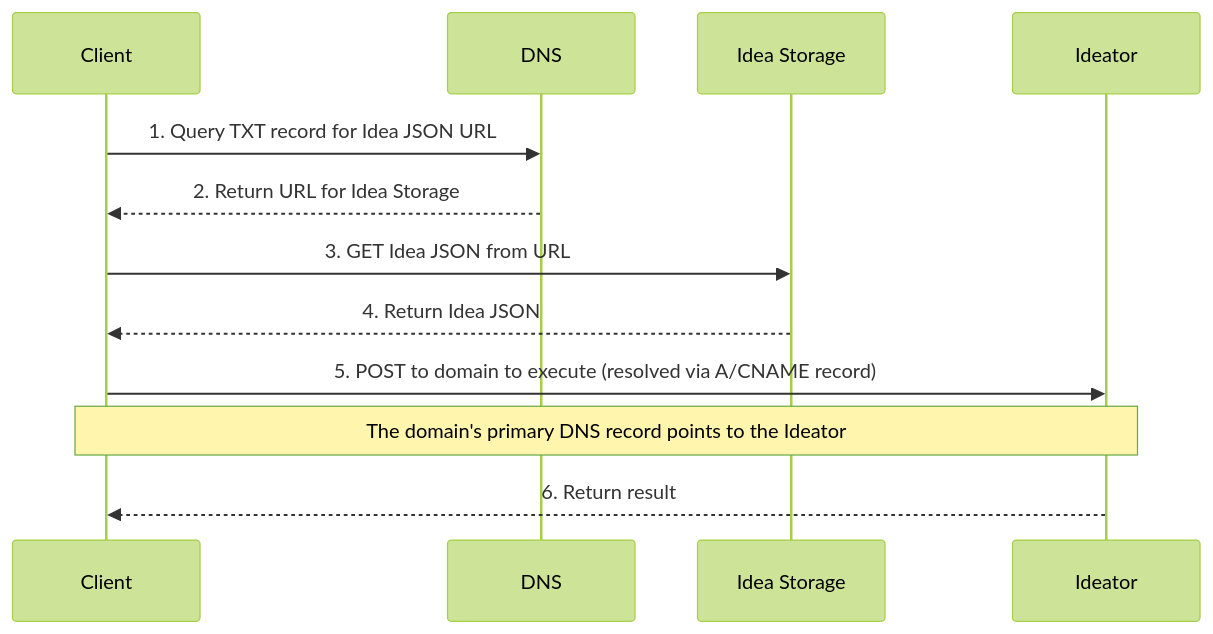
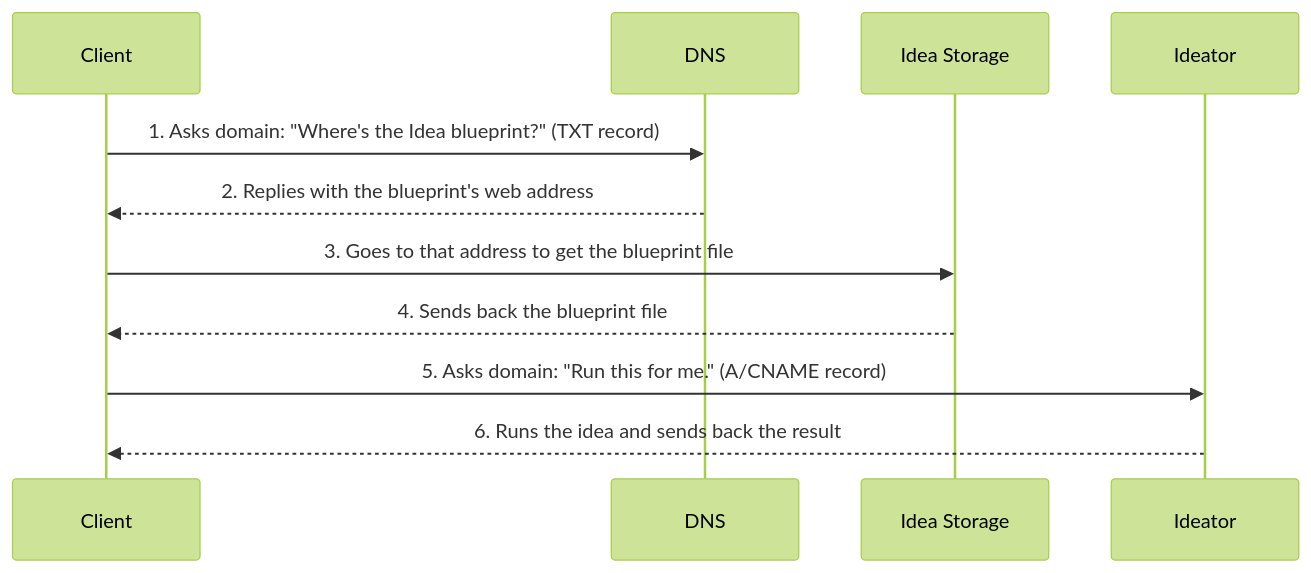
The diagram in translations/simple-en/rfc/102_concept_sovereignty.md (idealic-ai/docs), drawn with Mermaid (forest theme) before and after one commit. The commit also changed other lines of this file and 23 other files, not shown here.

````diff
--- a/translations/simple-en/rfc/102_concept_sovereignty.md
+++ b/translations/simple-en/rfc/102_concept_sovereignty.md
@@ -31,17 +29,16 @@
 ```mermaid
 sequenceDiagram
     participant Client
     participant DNS
     participant Idea Storage
     participant Ideator
 
-    Client->>DNS: 1. Query TXT record for Idea JSON URL
-    DNS-->>Client: 2. Return URL for Idea Storage
+    Client->>DNS: 1. Asks domain: "Where's the Idea blueprint?" (TXT record)
+    DNS-->>Client: 2. Replies with the blueprint's web address
 
-    Client->>Idea Storage: 3. GET Idea JSON from URL
-    Idea Storage-->>Client: 4. Return Idea JSON
+    Client->>Idea Storage: 3. Goes to that address to get the blueprint file
+    Idea Storage-->>Client: 4. Sends back the blueprint file
 
-    Client->>Ideator: 5. POST to domain to execute (resolved via A/CNAME record)
-    Note over Client, Ideator: The domain's primary DNS record points to the Ideator
-    Ideator-->>Client: 6. Return result
+    Client->>Ideator: 5. Asks domain: "Run this for me." (A/CNAME record)
+    Ideator-->>Client: 6. Runs the idea and sends back the result
 ```
````
